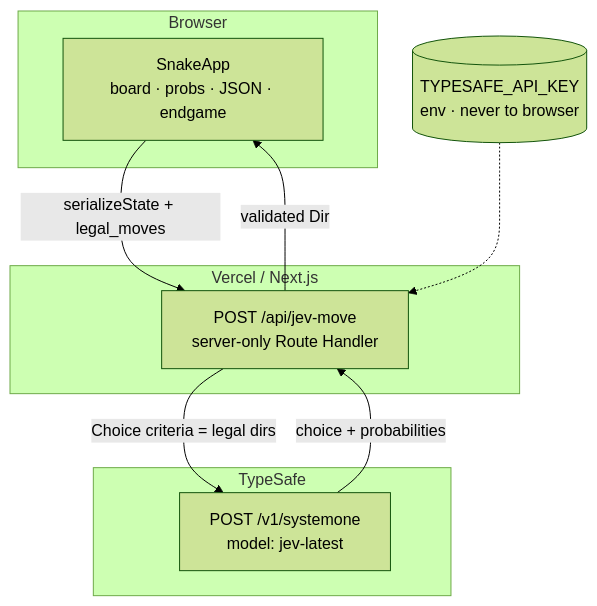
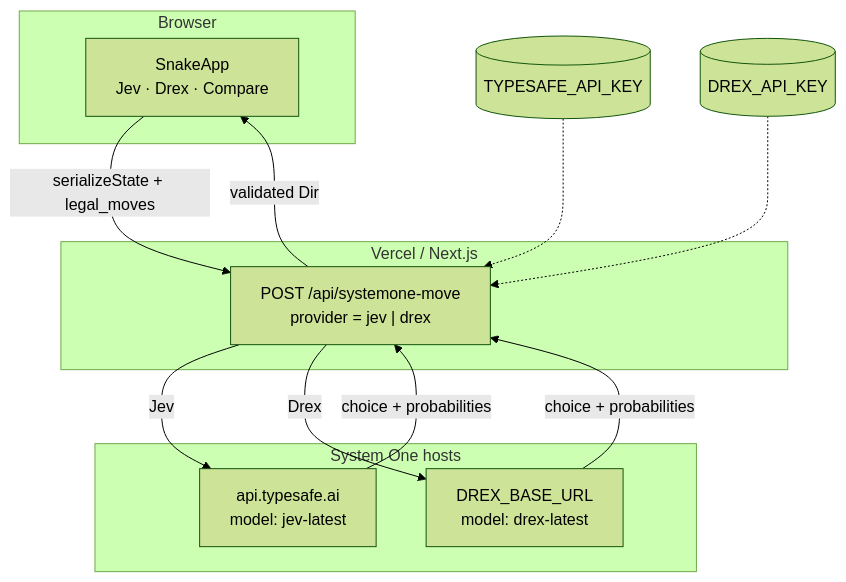
One commit to lalitsonawane/jev-snake changed the first of 3 diagrams in README.md. Above: the diagram before and after it, drawn with Mermaid (forest theme). The commit also changed other lines of this file and 14 other files, not shown here.

First line of the commit message:
Add Jev/Drex model picker and side-by-side compare (#8)

````diff
--- a/README.md
+++ b/README.md
@@ -28,22 +38,27 @@
 ```mermaid
 flowchart TB
   subgraph Browser["Browser"]
-    UI["SnakeApp<br/>board · probs · JSON · endgame"]
+    UI["SnakeApp<br/>Jev · Drex · Compare"]
   end
 
   subgraph Vercel["Vercel / Next.js"]
-    API["POST /api/jev-move<br/>server-only Route Handler"]
+    API["POST /api/systemone-move<br/>provider = jev | drex"]
   end
 
-  subgraph TypeSafe["TypeSafe"]
-    JEV["POST /v1/systemone<br/>model: jev-latest"]
+  subgraph Upstream["System One hosts"]
+    JEV["api.typesafe.ai<br/>model: jev-latest"]
+    DREX["DREX_BASE_URL<br/>model: drex-latest"]
   end
 
   UI -->|"serializeState + legal_moves"| API
-  API -->|"Choice criteria = legal dirs"| JEV
+  API -->|Jev| JEV
+  API -->|Drex| DREX
   JEV -->|"choice + probabilities"| API
+  DREX -->|"choice + probabilities"| API
   API -->|"validated Dir"| UI
 
-  KEY[("TYPESAFE_API_KEY<br/>env · never to browser")]
-  KEY -.-> API
+  KEYJ[("TYPESAFE_API_KEY")]
+  KEYD[("DREX_API_KEY")]
+  KEYJ -.-> API
+  KEYD -.-> API
 ```
````
